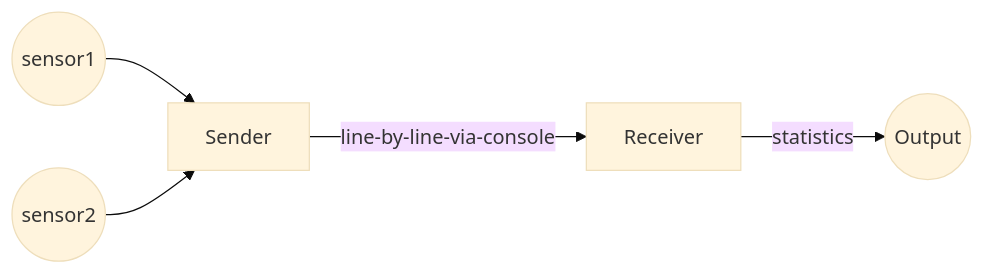
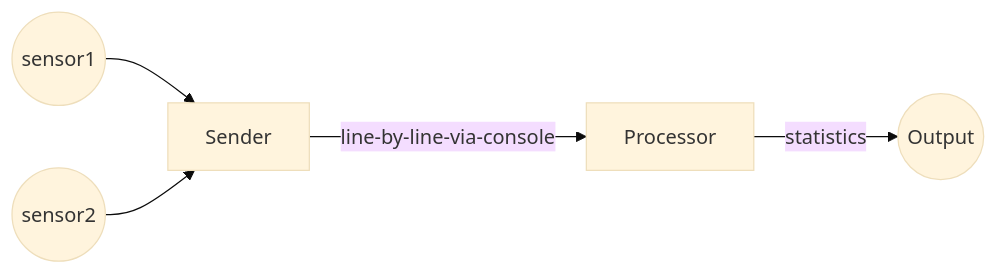
One commit to code-craft-igt-1/stream-line-vivekantonyo changed the diagram in README.md. Above: the diagram before and after it, drawn with Mermaid (base theme). The commit also changed other lines of this file, not shown here.

````diff
--- a/README.md
+++ b/README.md
@@ -9,7 +9,7 @@
 ```mermaid
 flowchart LR
 A((sensor1)) --> Sender
 B((sensor2)) --> Sender
-Sender --> |line-by-line-via-console|Receiver
-Receiver --> |statistics|C((Output))
+Sender --> |line-by-line-via-console|Processor
+Processor --> |statistics|C((Output))
 ```
````
